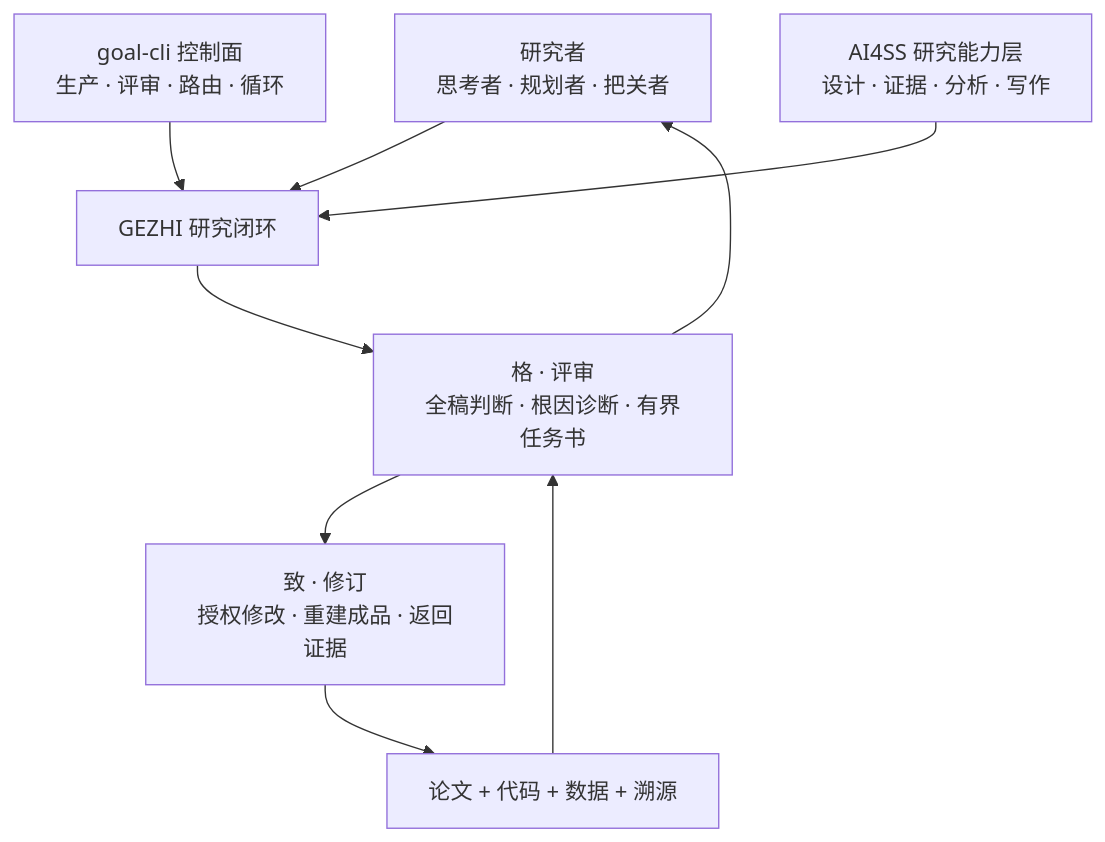
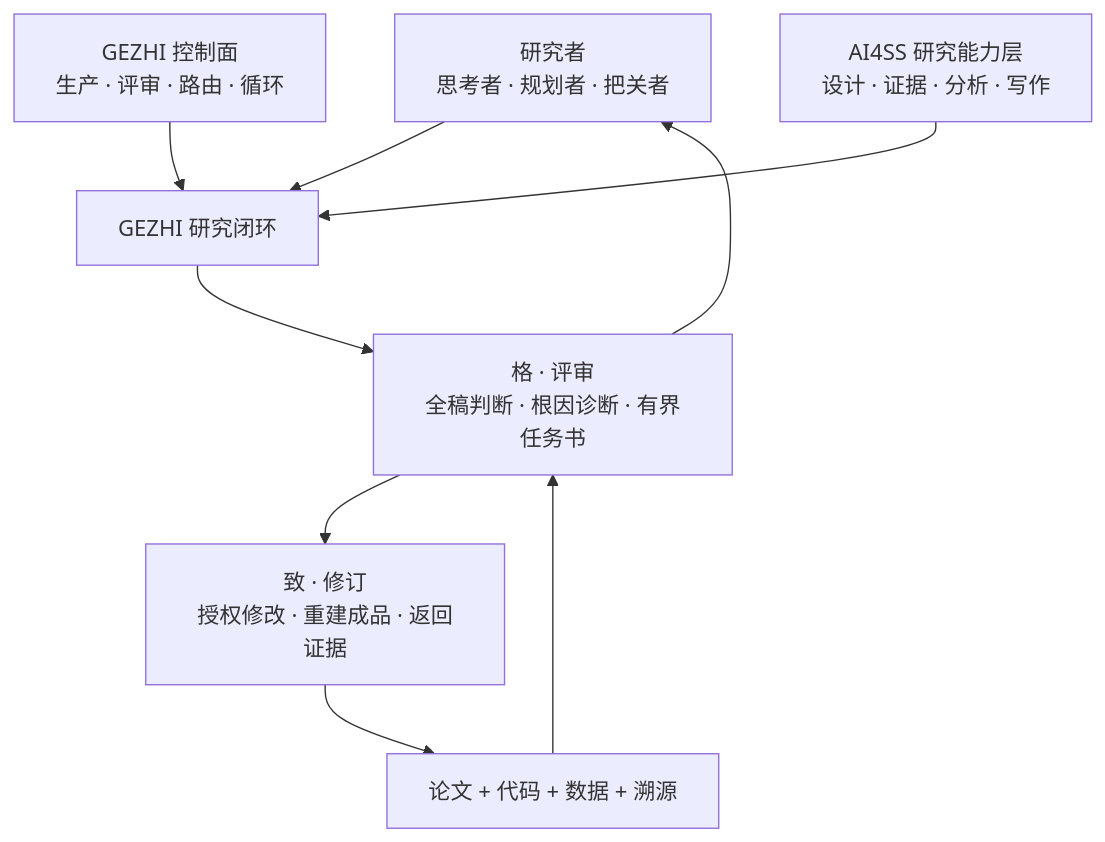
One commit to SiyaoZheng/GEZHI changed the diagram in README.zh-CN.md. Above: the diagram before and after it, drawn with Mermaid. The commit also changed other lines of this file and 91 other files, not shown here.

````diff
--- a/README.zh-CN.md
+++ b/README.zh-CN.md
@@ -52,19 +48,19 @@
 ```mermaid
 flowchart TB
     R["研究者<br/>思考者 · 规划者 · 把关者"]
     G["GEZHI 研究闭环"]
     GE["格 · 评审<br/>全稿判断 · 根因诊断 · 有界任务书"]
     ZHI["致 · 修订<br/>授权修改 · 重建成品 · 返回证据"]
     S["AI4SS 研究能力层<br/>设计 · 证据 · 分析 · 写作"]
-    C["goal-cli 控制面<br/>生产 · 评审 · 路由 · 循环"]
+    C["GEZHI 控制面<br/>生产 · 评审 · 路由 · 循环"]
     A["论文 + 代码 + 数据 + 溯源"]
 
     R --> G
     C --> G
     S --> G
     G --> GE
     GE --> ZHI
     ZHI --> A
     A --> GE
     GE --> R
 ```
````
